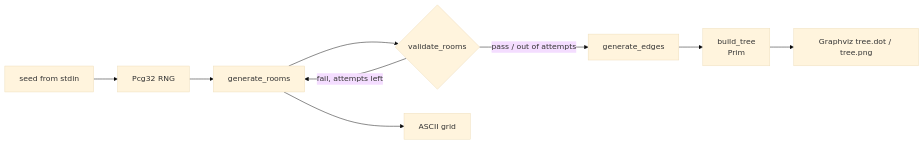
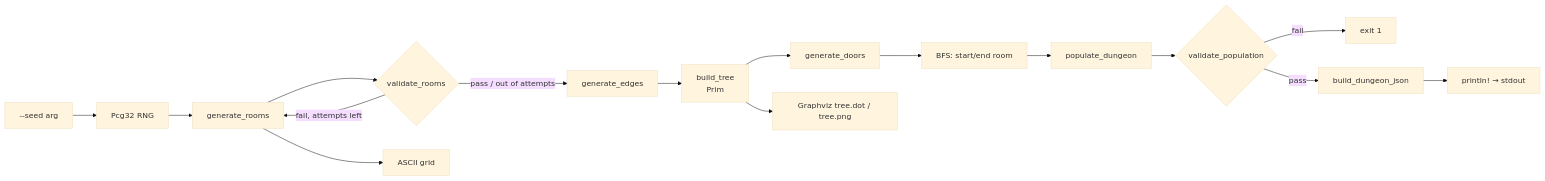
Before and after one commit to verdoxOP/procgen-dungeon: the first of 2 diagrams in Algorithms/rust/procgen_dungeon/docs/architecture.md, drawn with Mermaid (base theme). The commit also changed other lines of this file and 7 other files, not shown here.

````diff
--- a/Algorithms/rust/procgen_dungeon/docs/architecture.md
+++ b/Algorithms/rust/procgen_dungeon/docs/architecture.md
@@ -55,11 +55,18 @@
 ```mermaid
 flowchart LR
-    seed[seed from stdin] --> rng[Pcg32 RNG]
+    seed["--seed arg"] --> rng[Pcg32 RNG]
     rng --> gen[generate_rooms]
     gen --> val{validate_rooms}
     val -- fail, attempts left --> gen
     val -- pass / out of attempts --> edges[generate_edges]
     edges --> prim[build_tree<br/>Prim]
+    prim --> doors[generate_doors]
+    doors --> bfs[BFS: start/end room]
+    bfs --> pop[populate_dungeon]
+    pop --> popval{validate_population}
+    popval -- fail --> exit1[exit 1]
+    popval -- pass --> json[build_dungeon_json]
+    json --> stdout["println! → stdout"]
+    gen --> grid[ASCII grid]
     prim --> viz[Graphviz tree.dot / tree.png]
-    gen --> grid[ASCII grid]
 ```
````
